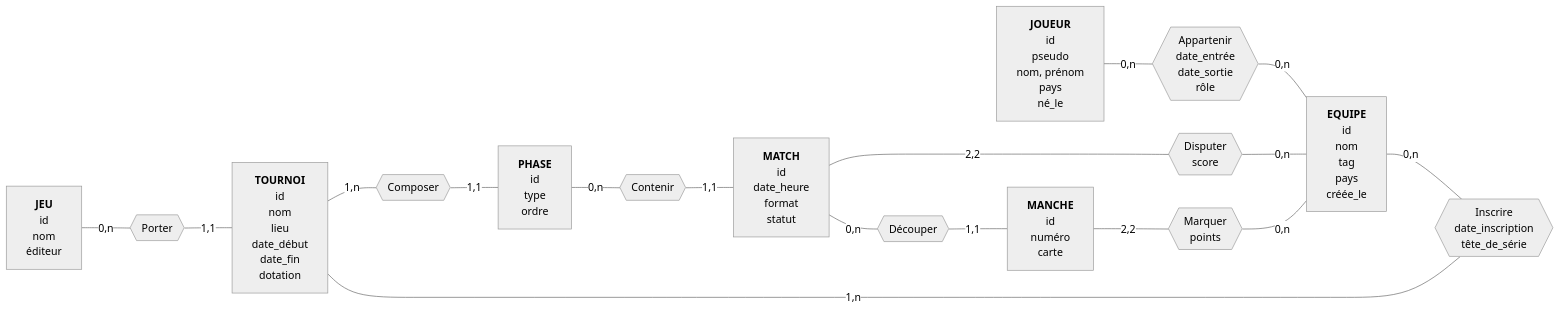
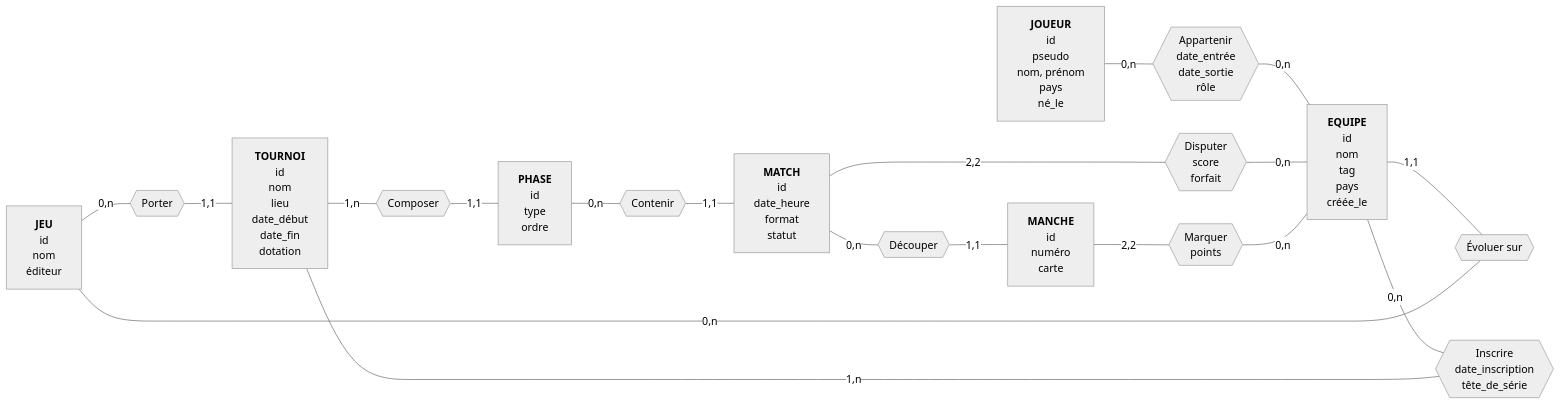
Before and after one commit to Torpedux/TP-Archi-Donnee: the diagram in CONCEPTION.md, drawn with Mermaid (neutral theme). The commit also changed other lines of this file, not shown here.

````diff
--- a/CONCEPTION.md
+++ b/CONCEPTION.md
@@ -26,28 +27,30 @@
 ```mermaid
 flowchart LR
     JEU["<b>JEU</b><br/>id<br/>nom<br/>éditeur"]
     TOURNOI["<b>TOURNOI</b><br/>id<br/>nom<br/>lieu<br/>date_début<br/>date_fin<br/>dotation"]
     PHASE["<b>PHASE</b><br/>id<br/>type<br/>ordre"]
     EQUIPE["<b>EQUIPE</b><br/>id<br/>nom<br/>tag<br/>pays<br/>créée_le"]
     JOUEUR["<b>JOUEUR</b><br/>id<br/>pseudo<br/>nom, prénom<br/>pays<br/>né_le"]
     MATCH["<b>MATCH</b><br/>id<br/>date_heure<br/>format<br/>statut"]
     MANCHE["<b>MANCHE</b><br/>id<br/>numéro<br/>carte"]
 
     PORTER{{"Porter"}}
     COMPOSER{{"Composer"}}
     CONTENIR{{"Contenir"}}
     DECOUPER{{"Découper"}}
     INSCRIRE{{"Inscrire<br/>date_inscription<br/>tête_de_série"}}
     APPARTENIR{{"Appartenir<br/>date_entrée<br/>date_sortie<br/>rôle"}}
-    DISPUTER{{"Disputer<br/>score"}}
+    EVOLUER{{"Évoluer sur"}}
+    DISPUTER{{"Disputer<br/>score<br/>forfait"}}
     MARQUER{{"Marquer<br/>points"}}
 
     JEU ---|"0,n"| PORTER ---|"1,1"| TOURNOI
+    EQUIPE ---|"1,1"| EVOLUER ---|"0,n"| JEU
     TOURNOI ---|"1,n"| COMPOSER ---|"1,1"| PHASE
     PHASE ---|"0,n"| CONTENIR ---|"1,1"| MATCH
     MATCH ---|"0,n"| DECOUPER ---|"1,1"| MANCHE
     EQUIPE ---|"0,n"| INSCRIRE ---|"1,n"| TOURNOI
     JOUEUR ---|"0,n"| APPARTENIR ---|"0,n"| EQUIPE
     MATCH ---|"2,2"| DISPUTER ---|"0,n"| EQUIPE
     MANCHE ---|"2,2"| MARQUER ---|"0,n"| EQUIPE
 ```
````
